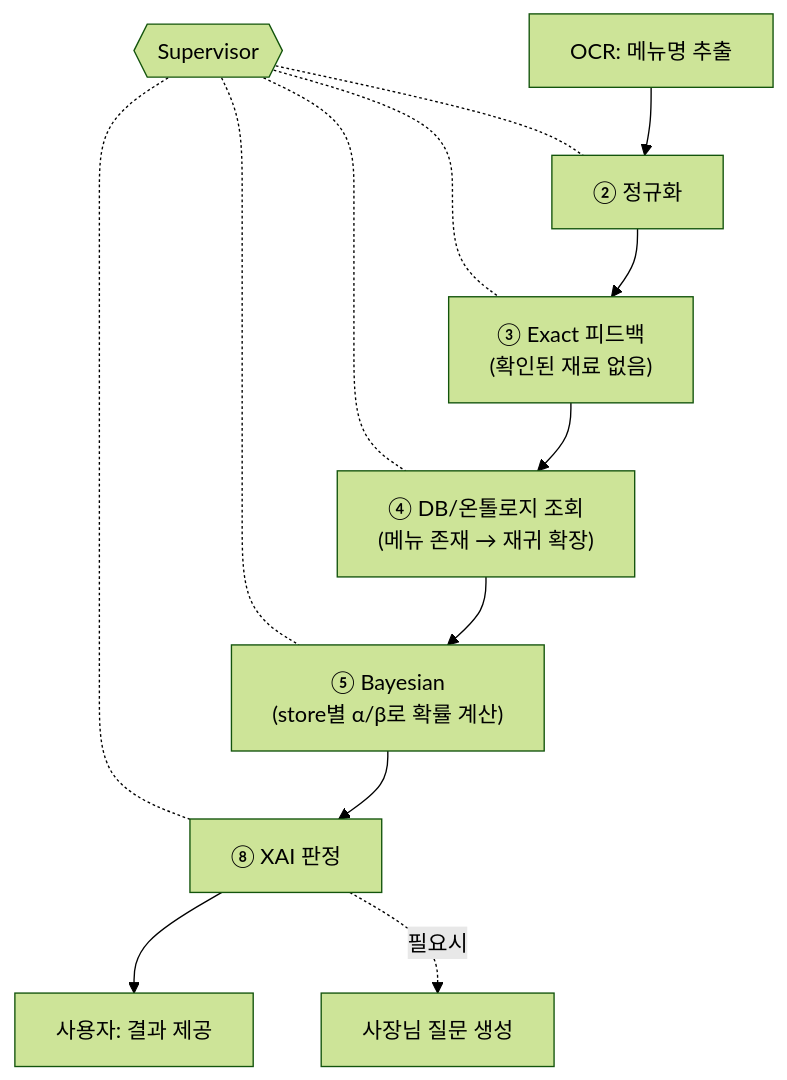
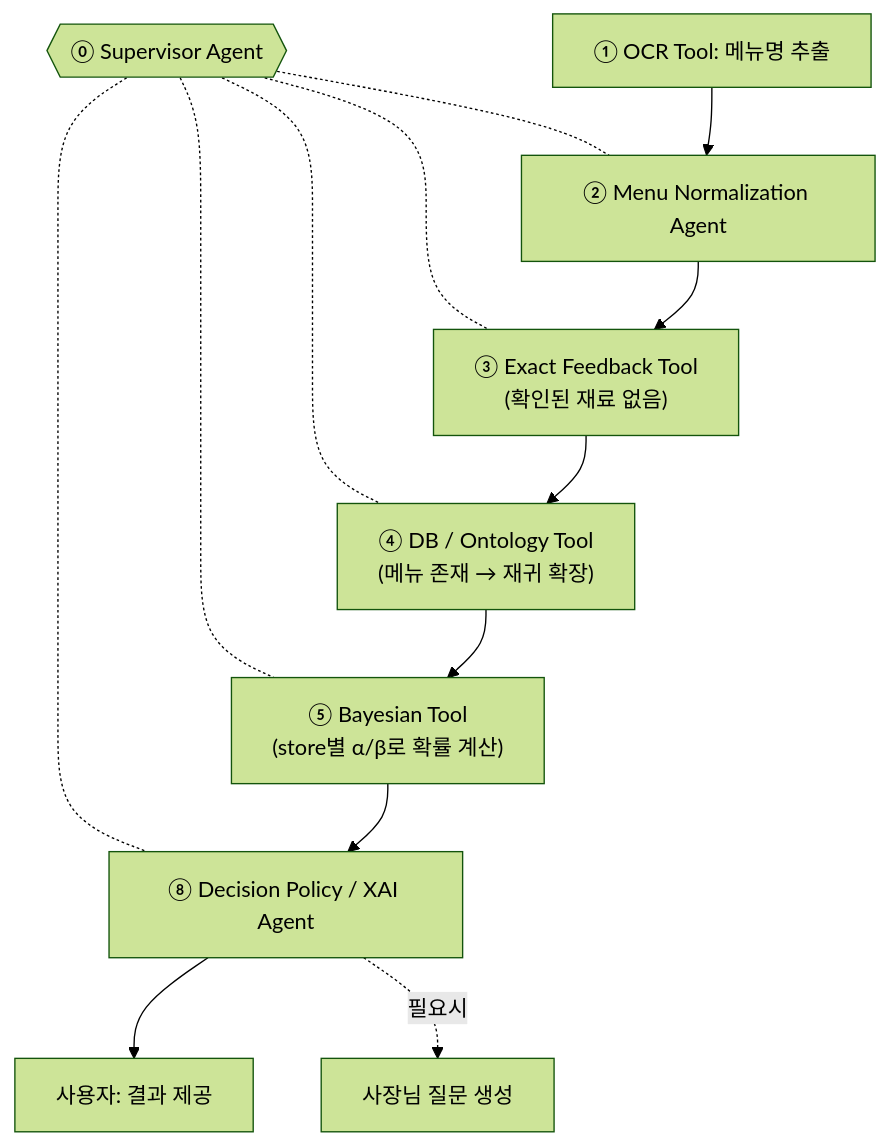
Before and after one commit to Han-Spoon/ai: the second of 7 diagrams in docs/catoin-multi-agent-architecture.md, drawn with Mermaid (forest theme). The commit also changed other lines of this file and 13 other files, not shown here.

First line of the commit message:
docs: Agent·Tool 번호와 명칭을 PPT 기준으로 통일

````diff
--- a/docs/catoin-multi-agent-architecture.md
+++ b/docs/catoin-multi-agent-architecture.md
@@ -48,17 +49,17 @@
 ```mermaid
 flowchart TB
-    SUP{{Supervisor}}
+    SUP{{⓪ Supervisor Agent}}
     SUP -.- B
     SUP -.- C
     SUP -.- D
     SUP -.- E
     SUP -.- F
 
-    A[OCR: 메뉴명 추출] --> B[② 정규화]
-    B --> C["③ Exact 피드백\n(확인된 재료 없음)"]
-    C --> D["④ DB/온톨로지 조회\n(메뉴 존재 → 재귀 확장)"]
-    D --> E["⑤ Bayesian\n(store별 α/β로 확률 계산)"]
-    E --> F[⑧ XAI 판정]
+    A[① OCR Tool: 메뉴명 추출] --> B[② Menu Normalization Agent]
+    B --> C["③ Exact Feedback Tool\n(확인된 재료 없음)"]
+    C --> D["④ DB / Ontology Tool\n(메뉴 존재 → 재귀 확장)"]
+    D --> E["⑤ Bayesian Tool\n(store별 α/β로 확률 계산)"]
+    E --> F[⑧ Decision Policy / XAI Agent]
     F --> G[사용자: 결과 제공]
     F -.필요시.-> H[사장님 질문 생성]
 ```
````
